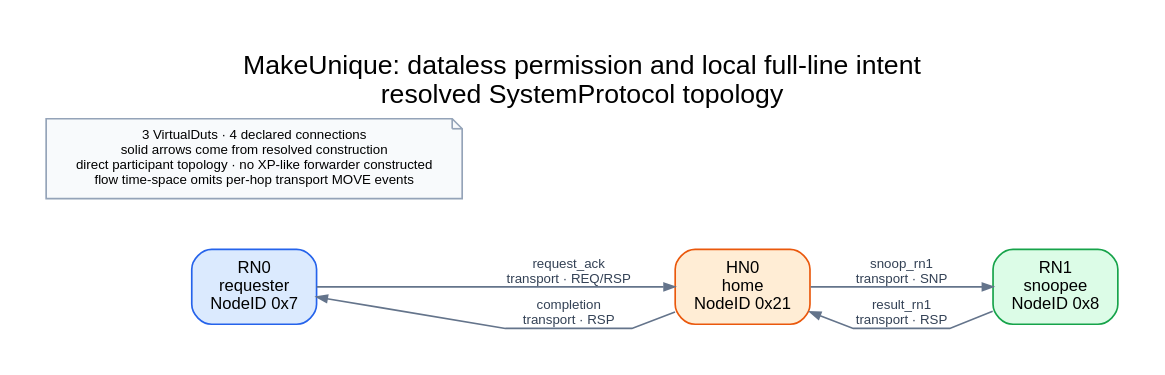
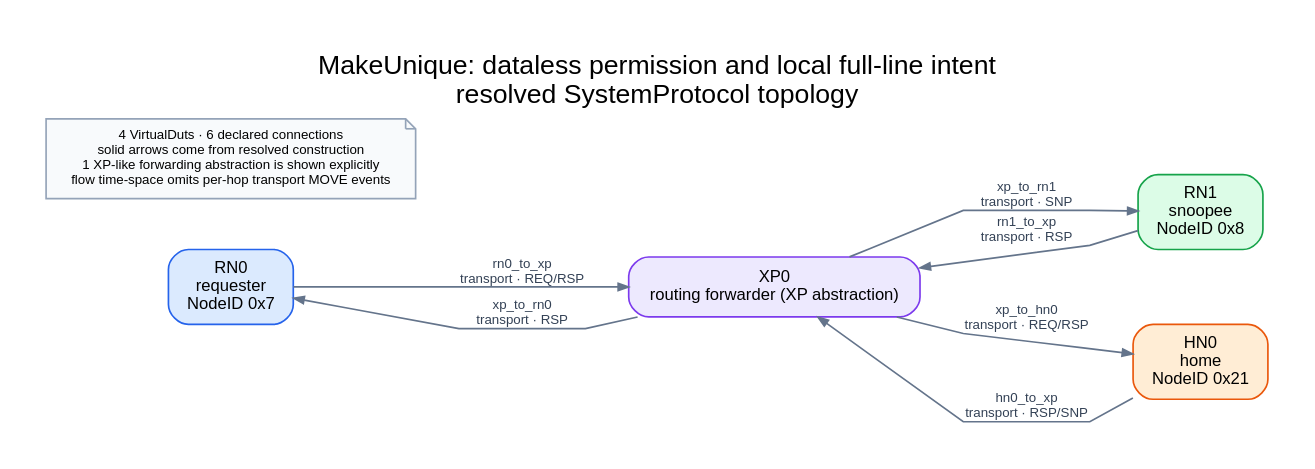
The diagram in showcase/generated/chi/issue-h-flow-gallery/sources/cases/make-unique-local-intent/topology.dot (WhiteDeerPro/PROTOCOL_MODEL), drawn with Graphviz before and after one commit. The commit also changed 74 other files, not shown here.

Commit message:
Route CHI flow witnesses through explicit XP

```diff
--- a/showcase/generated/chi/issue-h-flow-gallery/sources/cases/make-unique-local-intent/topology.dot
+++ b/showcase/generated/chi/issue-h-flow-gallery/sources/cases/make-unique-local-intent/topology.dot
@@ -1,13 +1,16 @@
 digraph "chi_flow_make-unique-local-intent" {
   graph [rankdir=LR, bgcolor="white", pad=0.28, nodesep=0.42, ranksep=0.72, splines=polyline, labelloc="t", label="MakeUnique: dataless permission and local full-line intent\nresolved SystemProtocol topology", fontname="sans-serif", fontsize=16];
   node [shape=box, style="rounded,filled", fontname="sans-serif", fontsize=10, margin="0.13,0.08"];
   edge [fontname="sans-serif", fontsize=8, color="#64748b", fontcolor="#334155", arrowsize=0.62];
   "rn0" [label="RN0\nrequester\nNodeID 0x7", fillcolor="#dbeafe", color="#2563eb"];
   "rn1" [label="RN1\nsnoopee\nNodeID 0x8", fillcolor="#dcfce7", color="#16a34a"];
   "hn0" [label="HN0\nhome\nNodeID 0x21", fillcolor="#ffedd5", color="#ea580c"];
-  "rn0" -> "hn0" [label="request_ack\ntransport · REQ/RSP", tooltip="rn0.tx_request_ack → hn0.rx_request_ack"];
-  "hn0" -> "rn0" [label="completion\ntransport · RSP", tooltip="hn0.tx_completion → rn0.rx_completion"];
-  "hn0" -> "rn1" [label="snoop_rn1\ntransport · SNP", tooltip="hn0.tx_snoop_rn1 → rn1.rx_snoop"];
-  "rn1" -> "hn0" [label="result_rn1\ntransport · RSP", tooltip="rn1.tx_snoop_result → hn0.rx_result_rn1"];
-  evidence [shape=note, style="filled", fillcolor="#f8fafc", color="#94a3b8", fontsize=8, label="3 VirtualDuts · 4 declared connections\nsolid arrows come from resolved construction\ndirect participant topology · no XP-like forwarder constructed\nflow time-space omits per-hop transport MOVE events"];
+  "xp0" [label="XP0\nrouting forwarder (XP abstraction)", fillcolor="#ede9fe", color="#7c3aed"];
+  "rn0" -> "xp0" [label="rn0_to_xp\ntransport · REQ/RSP", tooltip="rn0.tx_to_xp → xp0.from_rn0"];
+  "hn0" -> "xp0" [label="hn0_to_xp\ntransport · RSP/SNP", tooltip="hn0.tx_to_xp → xp0.from_hn0"];
+  "xp0" -> "rn0" [label="xp_to_rn0\ntransport · RSP", tooltip="xp0.to_rn0 → rn0.rx_from_xp"];
+  "xp0" -> "hn0" [label="xp_to_hn0\ntransport · REQ/RSP", tooltip="xp0.to_hn0 → hn0.rx_from_xp"];
+  "rn1" -> "xp0" [label="rn1_to_xp\ntransport · RSP", tooltip="rn1.tx_to_xp → xp0.from_rn1"];
+  "xp0" -> "rn1" [label="xp_to_rn1\ntransport · SNP", tooltip="xp0.to_rn1 → rn1.rx_from_xp"];
+  evidence [shape=note, style="filled", fillcolor="#f8fafc", color="#94a3b8", fontsize=8, label="4 VirtualDuts · 6 declared connections\nsolid arrows come from resolved construction\n1 XP-like forwarding abstraction is shown explicitly\nflow time-space omits per-hop transport MOVE events"];
 }
```
